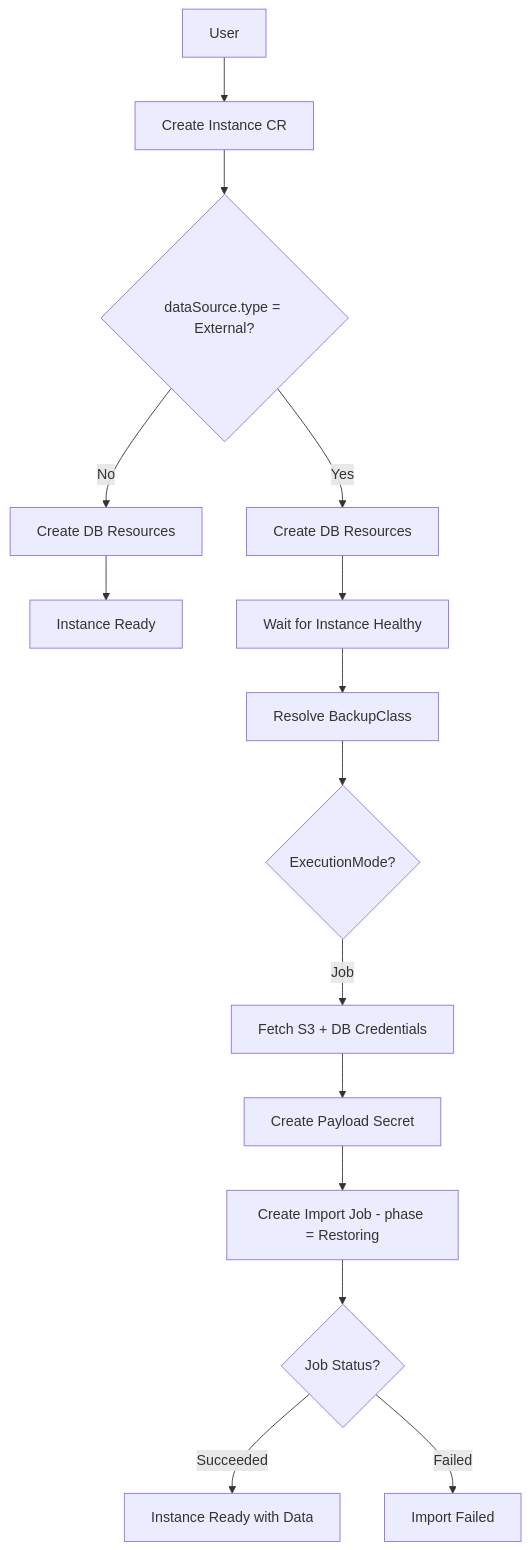
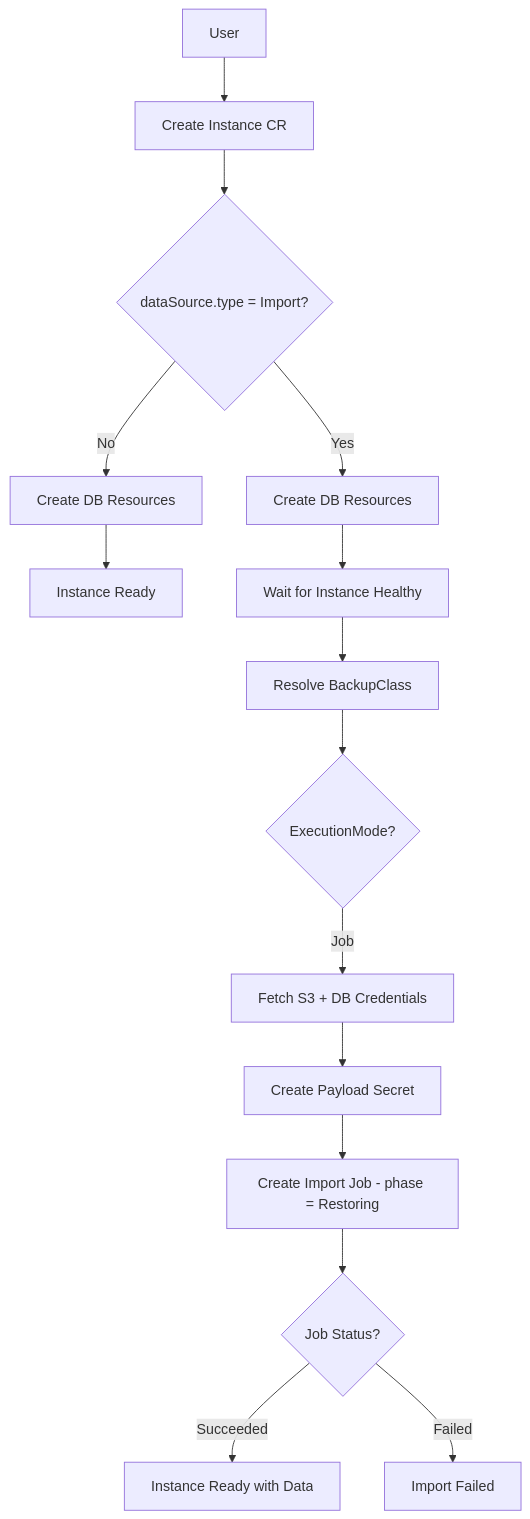
The second of 2 diagrams in specs/010-database-import.md (openeverest/specs), drawn with Mermaid before and after one commit. The commit also changed other lines of this file, not shown here.

Commit message:
rename and use parameter schema

````diff
--- a/specs/010-database-import.md
+++ b/specs/010-database-import.md
@@ -93,17 +93,17 @@
 ```mermaid
 graph TD
     User[User] --> Instance[Create Instance CR]
-    Instance --> Check{dataSource.type = External?}
+    Instance --> Check{dataSource.type = Import?}
     Check -->|No| CreateDB[Create DB Resources]
     Check -->|Yes| CreateDBImport[Create DB Resources]
     CreateDB --> EmptyReady[Instance Ready]
     CreateDBImport --> WaitHealthy[Wait for Instance Healthy]
     WaitHealthy --> ResolveBC[Resolve BackupClass]
     ResolveBC --> CheckMode{ExecutionMode?}
     CheckMode -->|Job| FetchCreds[Fetch S3 + DB Credentials]
     FetchCreds --> PayloadSecret[Create Payload Secret]
     PayloadSecret --> CreateJob[Create Import Job - phase = Restoring]
     CreateJob --> JobDone{Job Status?}
     JobDone -->|Succeeded| DataReady[Instance Ready with Data]
     JobDone -->|Failed| ImportFailed[Import Failed]
 ```
````
